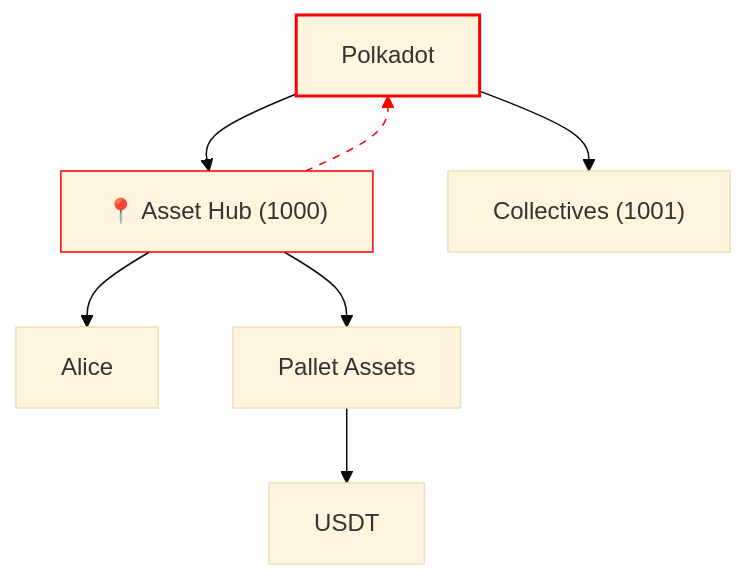
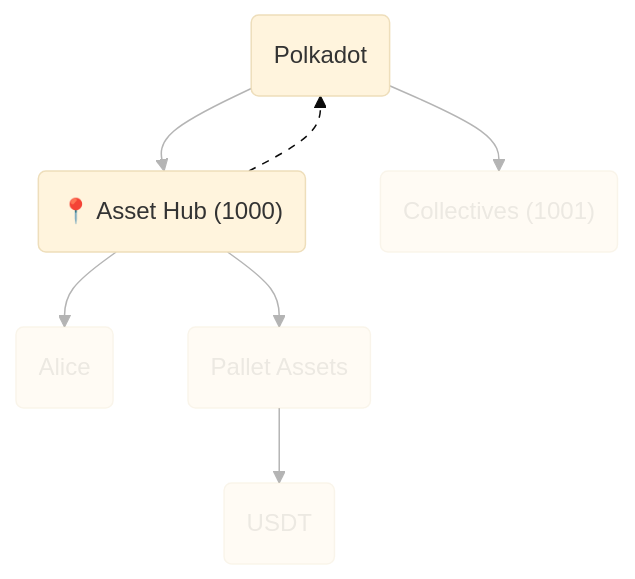
One commit to Polkadot-Blockchain-Academy/pba-content changed diagram 14 of 20 in syllabus/7-XCM/1-Core_Concepts_of_XCM/Core_Concepts_of_XCM_slides.md. Above: the diagram before and after it, drawn with Mermaid (base theme). The commit also changed other lines of this file and 1 other file, not shown here.

Commit message:
Change mermaidjs theme

````diff
--- a/syllabus/7-XCM/1-Core_Concepts_of_XCM/Core_Concepts_of_XCM_slides.md
+++ b/syllabus/7-XCM/1-Core_Concepts_of_XCM/Core_Concepts_of_XCM_slides.md
@@ -604,12 +637,16 @@
 ```mermaid
 graph TD
-    Polkadot-->AssetHub["📍 Asset Hub (1000)"]
-    Polkadot-->Collectives["Collectives (1001)"]
-    AssetHub-->Alice
-    AssetHub-->AssetsPallet[Pallet Assets]
-    AssetsPallet-->Asset[USDT]
+    Polkadot(Polkadot)-->AssetHub("📍 Asset Hub (1000)")
+    Polkadot-->Collectives("Collectives (1001)"):::disabled
+    AssetHub-->Alice(Alice):::disabled
+    AssetHub-->AssetsPallet(Pallet Assets):::disabled
+    AssetsPallet-->Asset(USDT):::disabled
     AssetHub-->Polkadot
-    style AssetHub stroke:red
-    style Polkadot stroke:red,stroke-width:2
-    linkStyle 5 stroke:red,stroke-dasharray:5
+    linkStyle 0 opacity:0.3
+    linkStyle 1 opacity:0.3
+    linkStyle 2 opacity:0.3
+    linkStyle 3 opacity:0.3
+    linkStyle 4 opacity:0.3
+    linkStyle 5 stroke-dasharray:5
+    classDef disabled opacity:0.3
 ```
````
